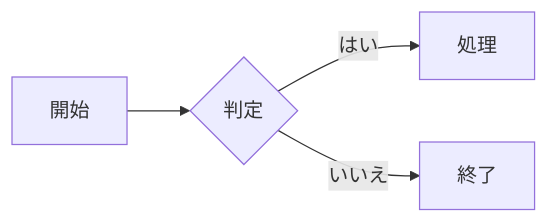
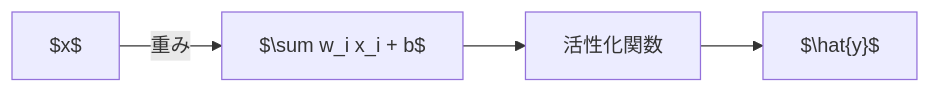
One commit to takumi-nishimura/marp-agent changed the second of 2 diagrams in decks/example/slide.md. Above: the diagram before and after it, drawn with Mermaid. The commit also changed other lines of this file and 7 other files, not shown here.

````diff
--- a/decks/example/slide.md
+++ b/decks/example/slide.md
@@ -442,6 +324,6 @@
 ```mermaid
 graph LR
-  A[開始] --> B{判定}
-  B -->|はい| C[処理]
-  B -->|いいえ| D[終了]
+    A["$x$"] -->|重み| B["$\sum w_i x_i + b$"]
+    B --> C[活性化関数]
+    C --> D["$\hat{y}$"]
 ```
````
